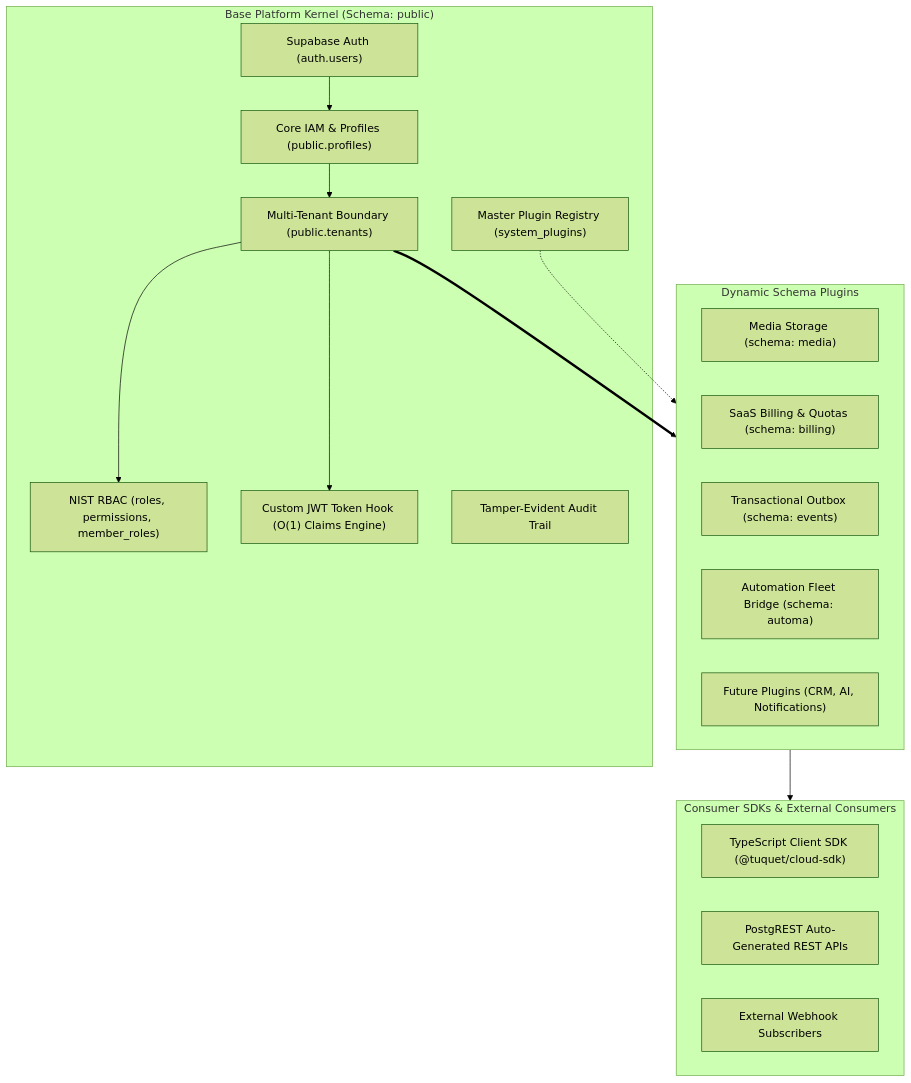
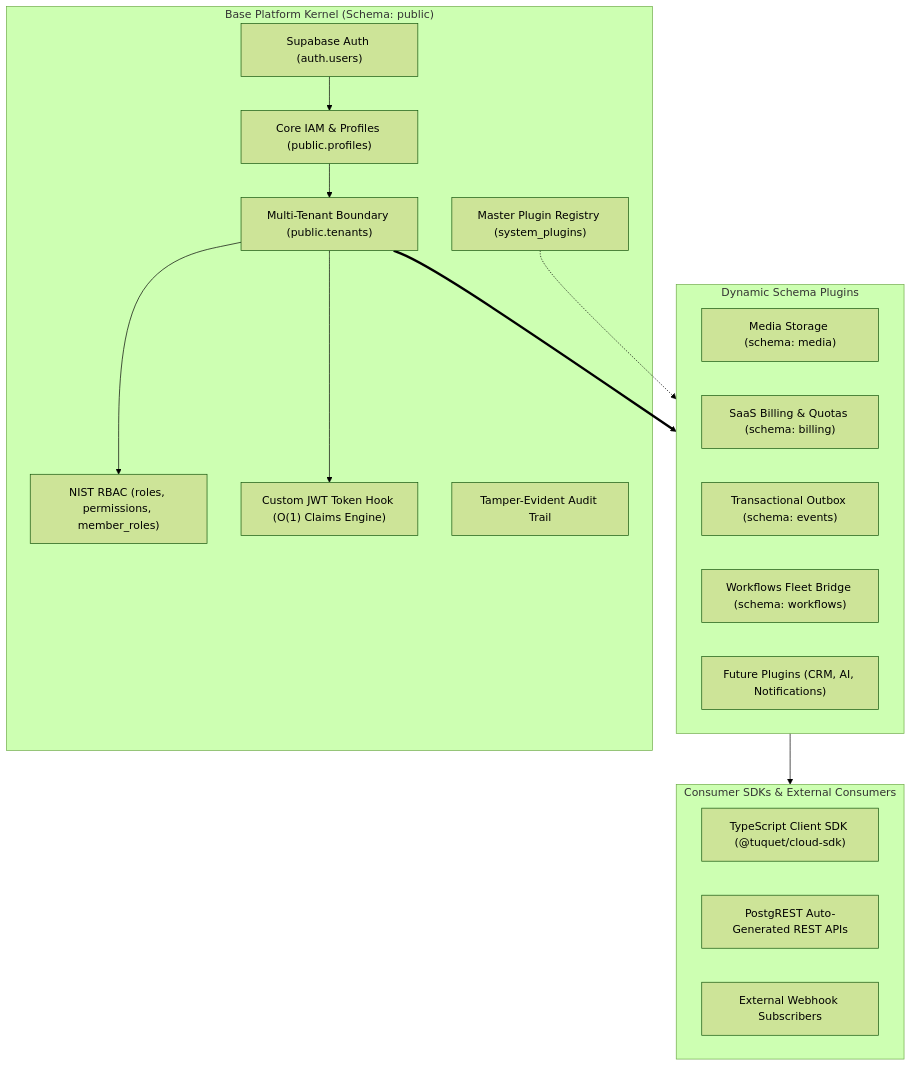
The diagram in ROADMAP.md (tuquet/cloud), drawn with Mermaid (forest theme) before and after one commit. The commit also changed other lines of this file and 24 other files, not shown here.

Commit message:
refactor(cloud): migrate automa plugin and schema to workflows

````diff
--- a/ROADMAP.md
+++ b/ROADMAP.md
@@ -10,32 +10,32 @@
 ```mermaid
 flowchart TD
     subgraph CORE["Base Platform Kernel (Schema: public)"]
         AUTH["Supabase Auth (auth.users)"]
         IAM["Core IAM & Profiles (public.profiles)"]
         TENANTS["Multi-Tenant Boundary (public.tenants)"]
         RBAC["NIST RBAC (roles, permissions, member_roles)"]
         JWT["Custom JWT Token Hook (O(1) Claims Engine)"]
         AUDIT["Tamper-Evident Audit Trail"]
         REGISTRY["Master Plugin Registry (system_plugins)"]
     end
 
     subgraph PLUGINS["Dynamic Schema Plugins"]
         MEDIA["Media Storage (schema: media)"]
         BILLING["SaaS Billing & Quotas (schema: billing)"]
         EVENTS["Transactional Outbox (schema: events)"]
-        AUTOMA["Automation Fleet Bridge (schema: automa)"]
+        WORKFLOWS["Workflows Fleet Bridge (schema: workflows)"]
         CUSTOM["Future Plugins (CRM, AI, Notifications)"]
     end
 
     subgraph CLIENTS["Consumer SDKs & External Consumers"]
         TS_SDK["TypeScript Client SDK (@tuquet/cloud-sdk)"]
         REST["PostgREST Auto-Generated REST APIs"]
         WEBHOOKS["External Webhook Subscribers"]
     end
 
     AUTH --> IAM --> TENANTS --> RBAC
     TENANTS --> JWT
     TENANTS ==> PLUGINS
     REGISTRY -.-> PLUGINS
     PLUGINS --> CLIENTS
 ```
````
